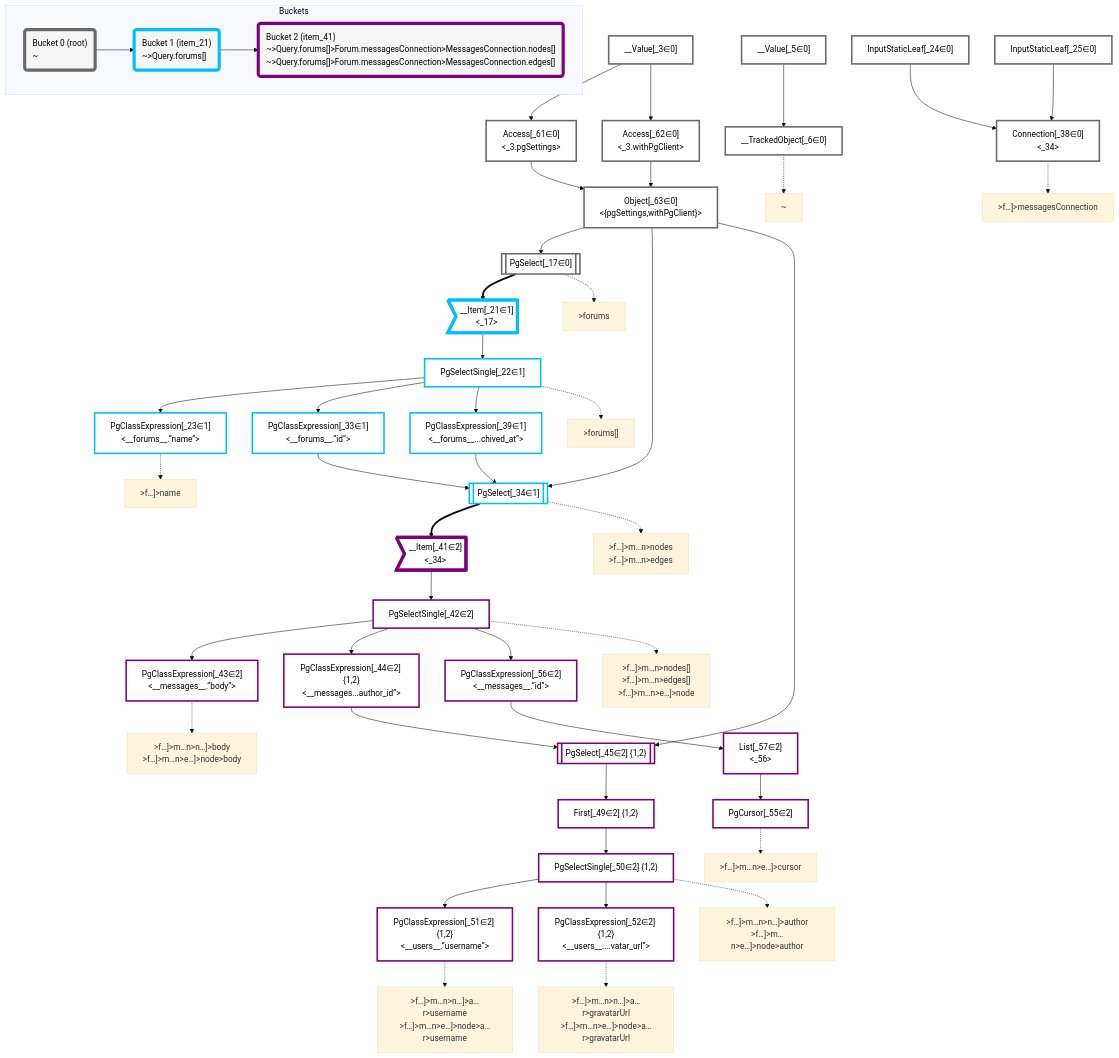
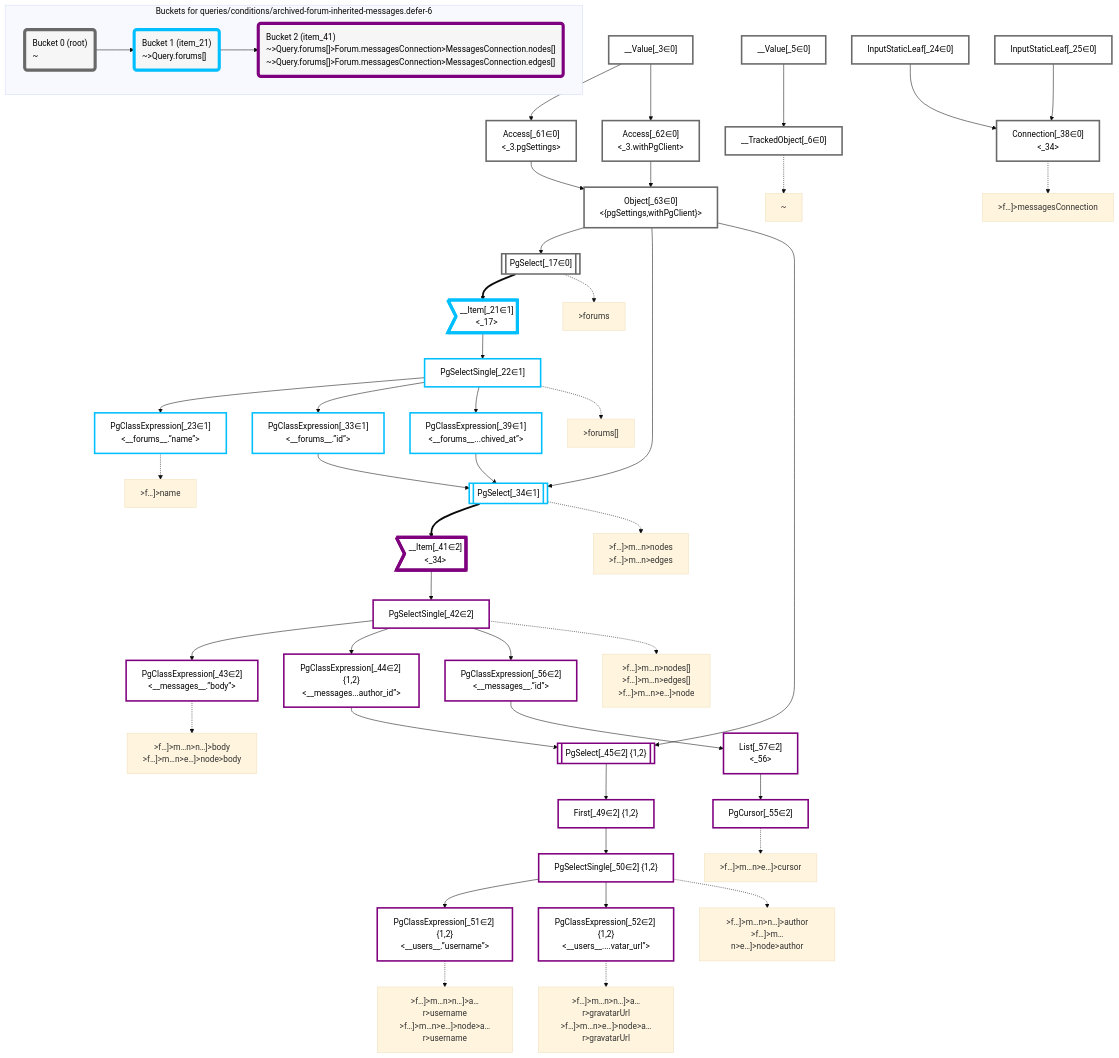
The diagram in packages/dataplan-pg/__tests__/queries/conditions/archived-forum-inherited-messages.defer-6.deopt.mermaid.md (graphile/crystal), drawn with Mermaid (base theme) before and after one commit. The commit also changed 195 other files, not shown here.

```diff
--- a/packages/dataplan-pg/__tests__/queries/conditions/archived-forum-inherited-messages.defer-6.deopt.mermaid.md
+++ b/packages/dataplan-pg/__tests__/queries/conditions/archived-forum-inherited-messages.defer-6.deopt.mermaid.md
@@ -102,7 +102,7 @@
     classDef bucket2 stroke:#7f007f
     class __Item_41,PgSelectSingle_42,PgClassExpression_43,PgClassExpression_44,PgSelect_45,First_49,PgSelectSingle_50,PgClassExpression_51,PgClassExpression_52,PgCursor_55,PgClassExpression_56,List_57 bucket2
 
-    subgraph Buckets
+    subgraph "Buckets for queries/conditions/archived-forum-inherited-messages.defer-6"
     Bucket0("Bucket 0 (root)<br />~"):::bucket
     style Bucket0 stroke:#696969
     Bucket1("Bucket 1 (item_21)<br />~>Query.forums[]"):::bucket
```
